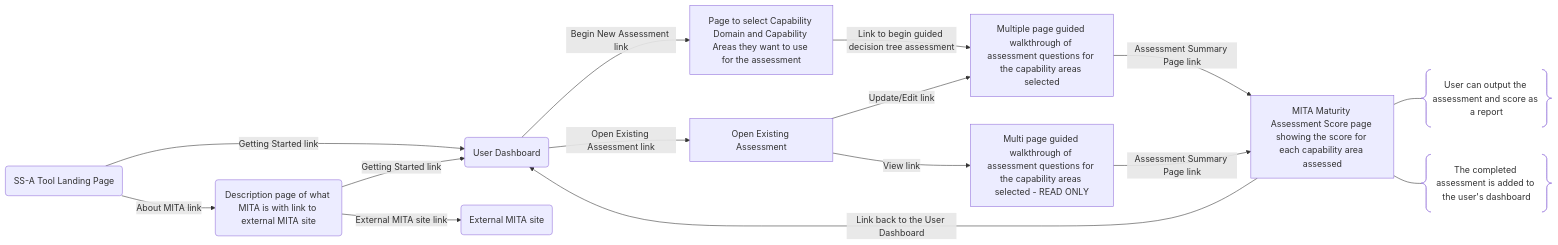
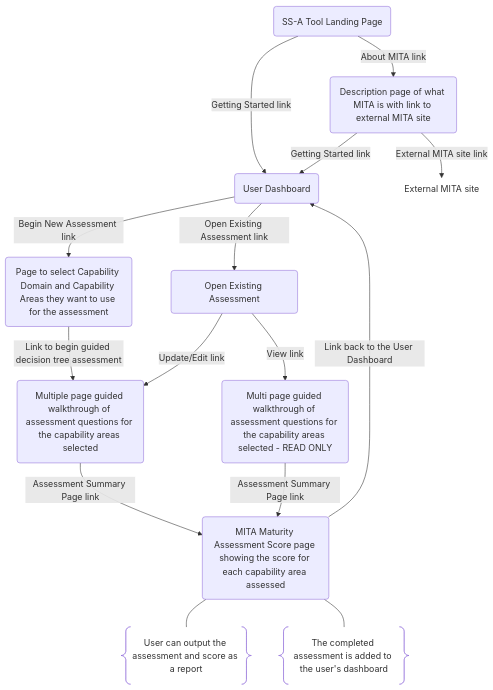
Before and after one commit to naretakis/mita-state-self-assessment-tool: the diagram in instructions/assessment_workflow.md, drawn with Mermaid.

Commit message:
changed mermaid diagram to vertical

````diff
--- a/instructions/assessment_workflow.md
+++ b/instructions/assessment_workflow.md
@@ -9,22 +9,29 @@
 ```mermaid
-flowchart LR
-    B["SS-A Tool Landing Page"] -- Getting Started link --> C["User Dashboard"]
-    B -- About MITA link --> D["Description page of what MITA is with link to external MITA site"]
-    D -- External MITA site link --> n1["External MITA site"]
-    D -- Getting Started link --> C
-    C -- Begin New Assessment link --> n2["Page to select Capability Domain and Capability Areas they want to use for the assessment"]
-    C -- Open Existing Assessment link --> n3["Open Existing Assessment"]
-    n2 -- Link to begin guided decision tree assessment --> n5["Multiple page guided walkthrough of assessment questions for the capability areas selected"]
-    n5 -- Assessment Summary Page link --> n6["MITA Maturity Assessment Score page showing the score for each capability area assessed"]
-    n6 --- n7["User can output the assessment and score as a report"] & n8@{ label: "The completed assessment is added to the user's dashboard" }
-    n6 -- Link back to the User Dashboard --> C
-    n3 -- Update/Edit link --> n5
-    n3 -- View link --> n9["Multi page guided walkthrough of assessment questions for the capability areas selected - READ ONLY"]
-    n9 -- Assessment Summary Page link --> n6
+flowchart TD
+    A["SS-A Tool Landing Page"] -- Getting Started link --> B["User Dashboard"]
+    A -- About MITA link --> C["Description page of what MITA is with link to external MITA site"]
+    C -- External MITA site link --> L["External MITA site"]
+    C -- Getting Started link --> B
+    B -- Begin New Assessment link --> D["Page to select Capability Domain and Capability Areas they want to use for the assessment"]
+    B -- Open Existing Assessment link --> E["Open Existing Assessment"]
+    D -- Link to begin guided decision tree assessment --> G["Multiple page guided walkthrough of assessment questions for the capability areas selected"]
+    G -- Assessment Summary Page link --> H["MITA Maturity Assessment Score page showing the score for each capability area assessed"]
+    H --- I["User can output the assessment and score as a report"] & J@{ label: "The completed assessment is added to the user's dashboard" }
+    H -- Link back to the User Dashboard --> B
+    E -- Update/Edit link --> G
+    E -- View link --> K["Multi page guided walkthrough of assessment questions for the capability areas selected - READ ONLY"]
+    K -- Assessment Summary Page link --> H
+
+    A@{ shape: rounded}
     B@{ shape: rounded}
     C@{ shape: rounded}
+    L@{ shape: text}
     D@{ shape: rounded}
-    n1@{ shape: rounded}
-    n7@{ shape: braces}
-    n8@{ shape: braces}
+    E@{ shape: rounded}
+    G@{ shape: rounded}
+    H@{ shape: rounded}
+    I@{ shape: braces}
+    J@{ shape: braces}
+    K@{ shape: rounded}
+
 ```
````
